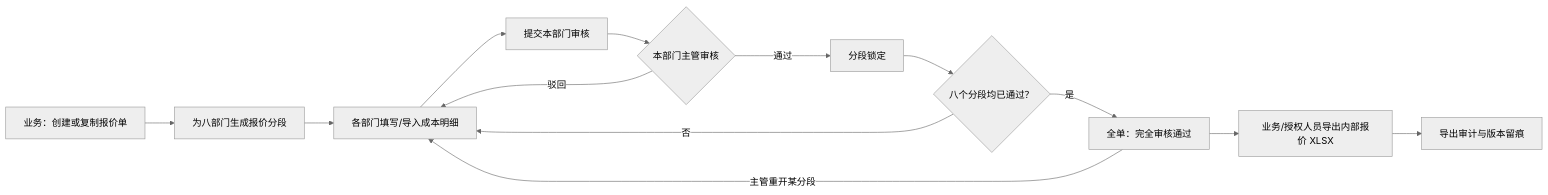
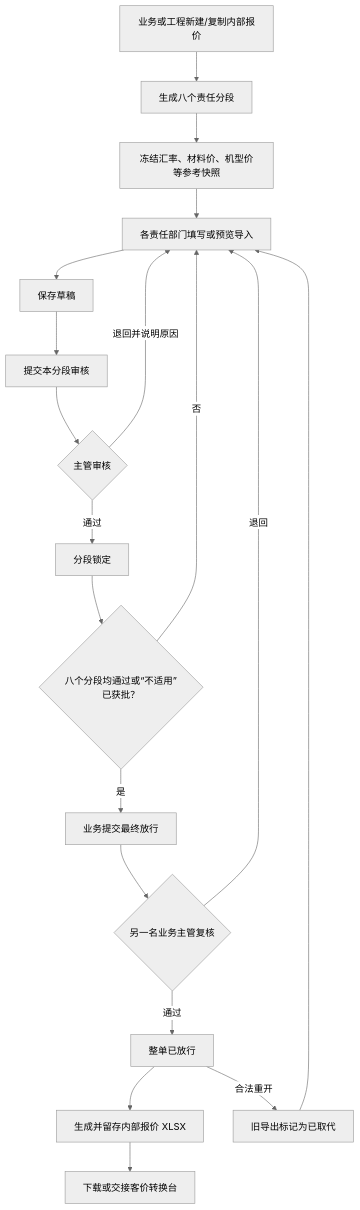
The diagram in docs/business/internal-quote-collaboration-design.md (13829313399-a11y/Royal-Regent-Nexus), drawn with Mermaid (neutral theme) before and after one commit. The commit also changed other lines of this file and 61 other files, not shown here.

````diff
--- a/docs/business/internal-quote-collaboration-design.md
+++ b/docs/business/internal-quote-collaboration-design.md
@@ -34,15 +149,21 @@
 ```mermaid
-flowchart LR
-  S[业务：创建或复制报价单] --> D[为八部门生成报价分段]
-  D --> E[各部门填写/导入成本明细]
-  E --> F[提交本部门审核]
-  F --> G{本部门主管审核}
-  G -- 驳回 --> E
+flowchart TD
+  A[业务或工程新建/复制内部报价] --> B[生成八个责任分段]
+  B --> C[冻结汇率、材料价、机型价等参考快照]
+  C --> D[各责任部门填写或预览导入]
+  D --> E[保存草稿]
+  E --> F[提交本分段审核]
+  F --> G{主管审核}
+  G -- 退回并说明原因 --> D
   G -- 通过 --> H[分段锁定]
-  H --> I{八个分段均已通过？}
-  I -- 否 --> E
-  I -- 是 --> J[全单：完全审核通过]
-  J --> K[业务/授权人员导出内部报价 XLSX]
-  K --> L[导出审计与版本留痕]
-  J -- 主管重开某分段 --> E
+  H --> I{八个分段均通过或“不适用”已获批？}
+  I -- 否 --> D
+  I -- 是 --> J[业务提交最终放行]
+  J --> K{另一名业务主管复核}
+  K -- 退回 --> D
+  K -- 通过 --> L[整单已放行]
+  L --> M[生成并留存内部报价 XLSX]
+  M --> N[下载或交接客价转换台]
+  L -- 合法重开 --> O[旧导出标记为已取代]
+  O --> D
 ```
````
